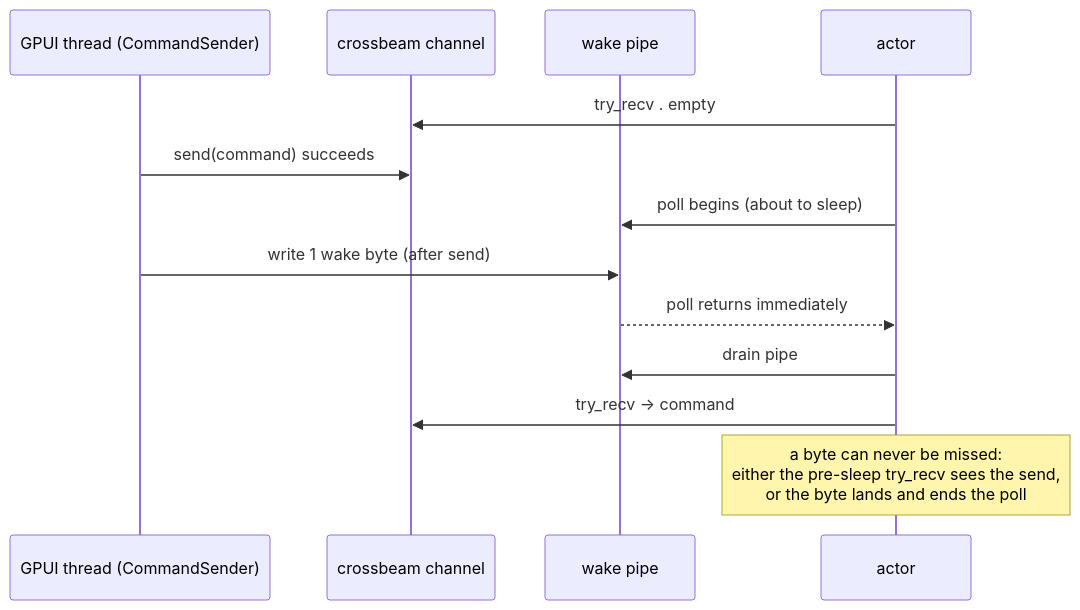
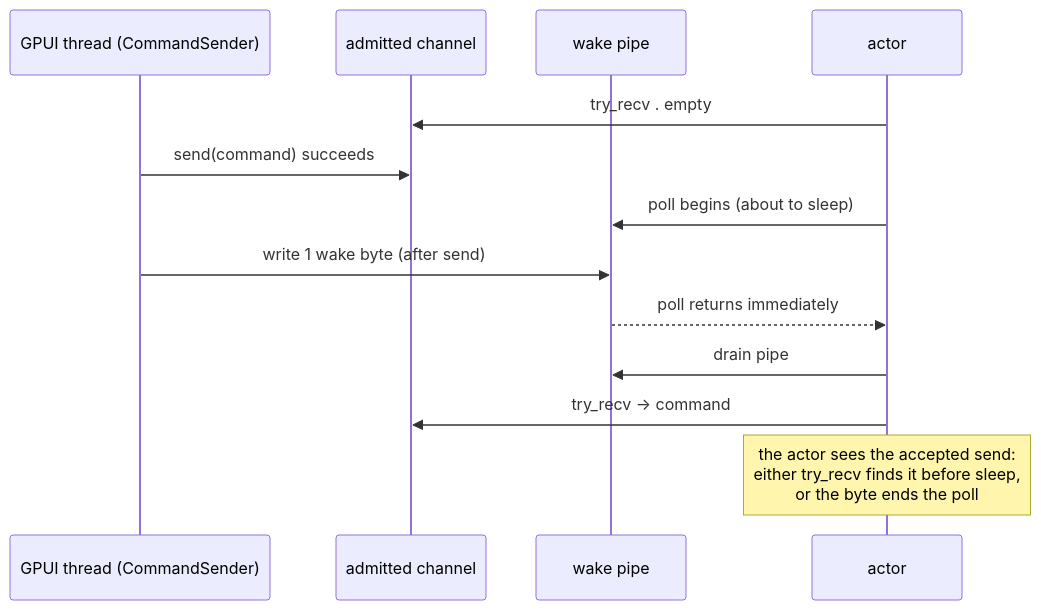
Before and after one commit to autistic-computer/zebrilus: the fifth of 5 diagrams in knowledge/terminal/pty-drain.md, drawn with Mermaid. The commit also changed other lines of this file and 26 other files, not shown here.

````diff
--- a/knowledge/terminal/pty-drain.md
+++ b/knowledge/terminal/pty-drain.md
@@ -227,15 +226,15 @@
 ```mermaid
 sequenceDiagram
     participant G as GPUI thread (CommandSender)
-    participant C as crossbeam channel
+    participant C as admitted channel
     participant P as wake pipe
     participant A as actor
     A->>C: try_recv . empty
     G->>C: send(command) succeeds
     A->>P: poll begins (about to sleep)
     G->>P: write 1 wake byte (after send)
     P-->>A: poll returns immediately
     A->>P: drain pipe
     A->>C: try_recv → command
-    Note over A: a byte can never be missed:<br/>either the pre-sleep try_recv sees the send,<br/>or the byte lands and ends the poll
+    Note over A: the actor sees the accepted send:<br/>either try_recv finds it before sleep,<br/>or the byte ends the poll
 ```
````
